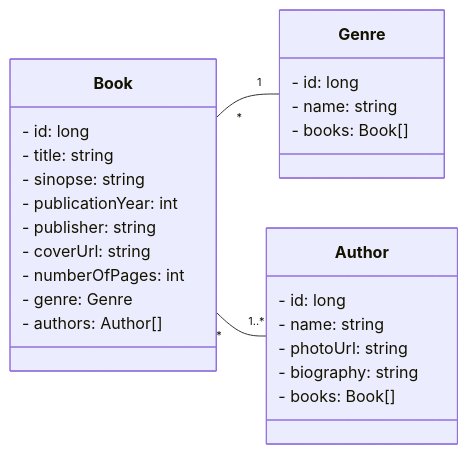
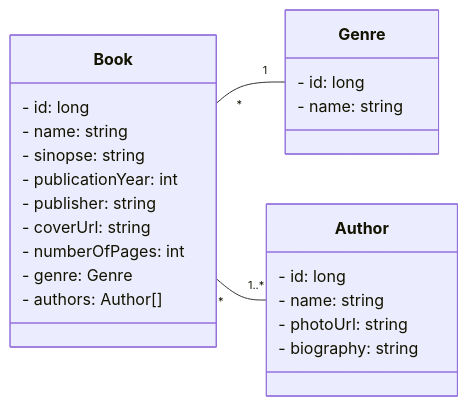
One commit to jonasmzsouza/dio-bookshelf-api changed the diagram in README.md. Above: the diagram before and after it, drawn with Mermaid. The commit also changed 3 other files, not shown here.

````diff
--- a/README.md
+++ b/README.md
@@ -25,32 +25,30 @@
 ```mermaid
 classDiagram
     direction LR
     class Book {
       - id: long
-      - title: string
+      - name: string
       - sinopse: string
       - publicationYear: int
       - publisher: string
       - coverUrl: string
       - numberOfPages: int
       - genre: Genre
       - authors: Author[]
     }
     
     class Genre {
       - id: long
       - name: string
-      - books: Book[]
     }
     
     class Author {
       - id: long
       - name: string
       - photoUrl: string
       - biography: string
-      - books: Book[]
     }
 
     Book "*" -- "1" Genre
     Book "*" -- "1..*" Author
 ```
````
